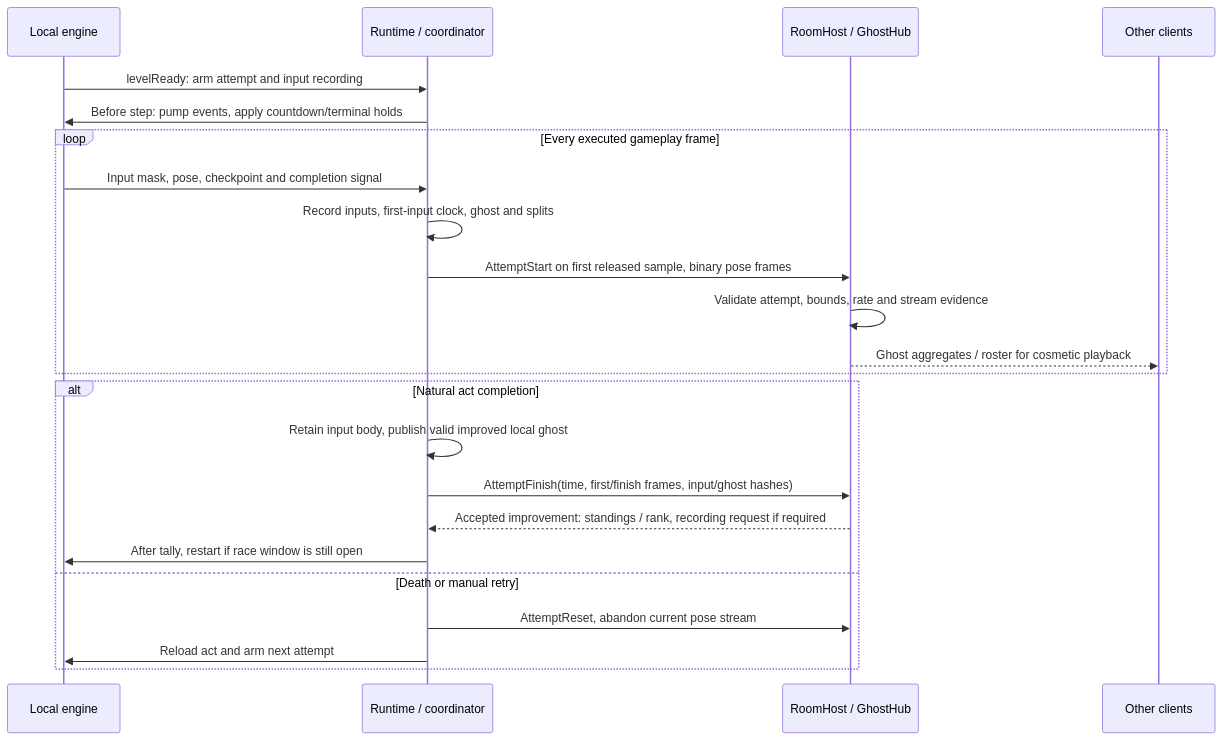
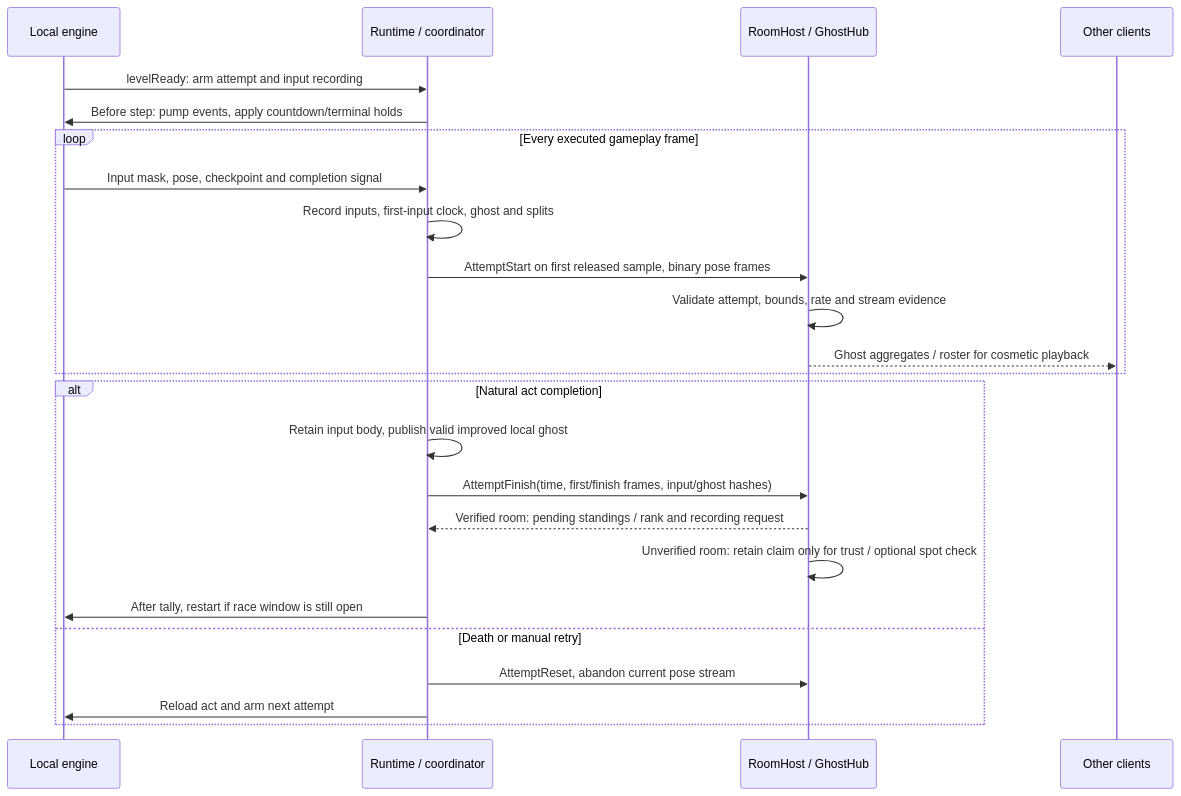
One commit to OpenGGF/OpenGGF changed the eighth of 12 diagrams in docs/architecture/research/multiplayer-time-attack.md. Above: the diagram before and after it, drawn with Mermaid. The commit also changed other lines of this file and 28 other files, not shown here.

````diff
--- a/docs/architecture/research/multiplayer-time-attack.md
+++ b/docs/architecture/research/multiplayer-time-attack.md
@@ -283,25 +286,26 @@
 ```mermaid
 sequenceDiagram
     participant Engine as Local engine
     participant Mod as Runtime / coordinator
     participant Room as RoomHost / GhostHub
     participant Peers as Other clients
     Engine->>Mod: levelReady: arm attempt and input recording
     Mod->>Engine: Before step: pump events, apply countdown/terminal holds
     loop Every executed gameplay frame
         Engine->>Mod: Input mask, pose, checkpoint and completion signal
         Mod->>Mod: Record inputs, first-input clock, ghost and splits
         Mod->>Room: AttemptStart on first released sample, binary pose frames
         Room->>Room: Validate attempt, bounds, rate and stream evidence
         Room-->>Peers: Ghost aggregates / roster for cosmetic playback
     end
     alt Natural act completion
         Mod->>Mod: Retain input body, publish valid improved local ghost
         Mod->>Room: AttemptFinish(time, first/finish frames, input/ghost hashes)
-        Room-->>Mod: Accepted improvement: standings / rank, recording request if required
+        Room-->>Mod: Verified room: pending standings / rank and recording request
+        Room->>Room: Unverified room: retain claim only for trust / optional spot check
         Mod->>Engine: After tally, restart if race window is still open
     else Death or manual retry
         Mod->>Room: AttemptReset, abandon current pose stream
         Mod->>Engine: Reload act and arm next attempt
     end
 ```
````
